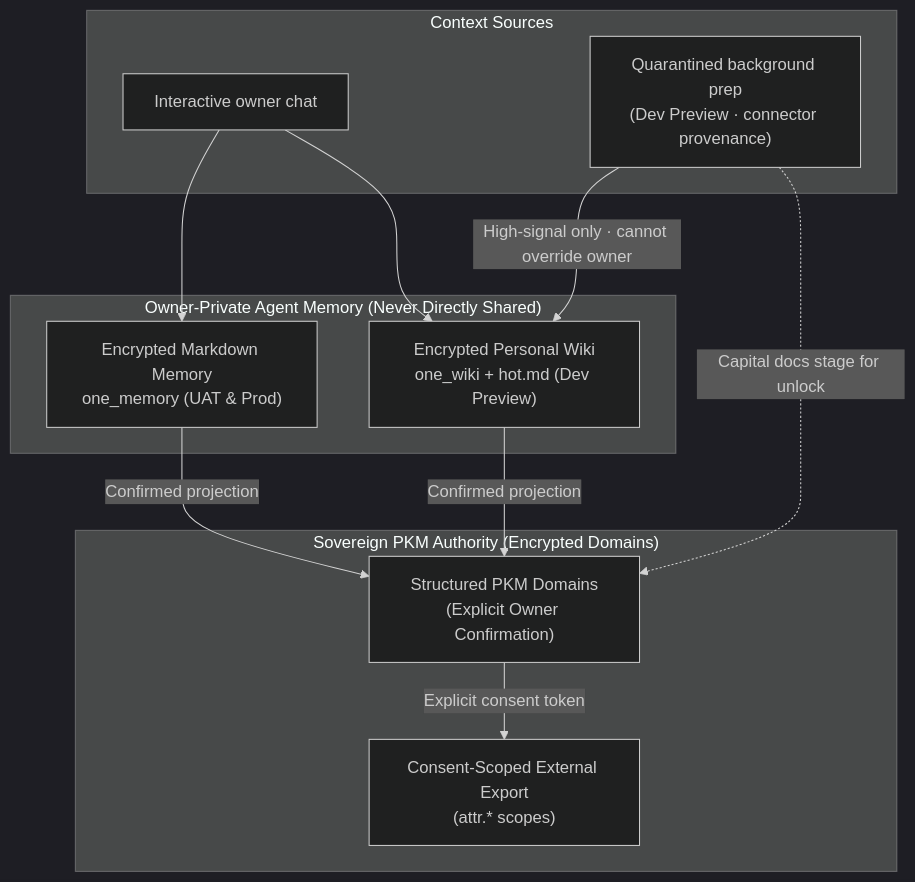
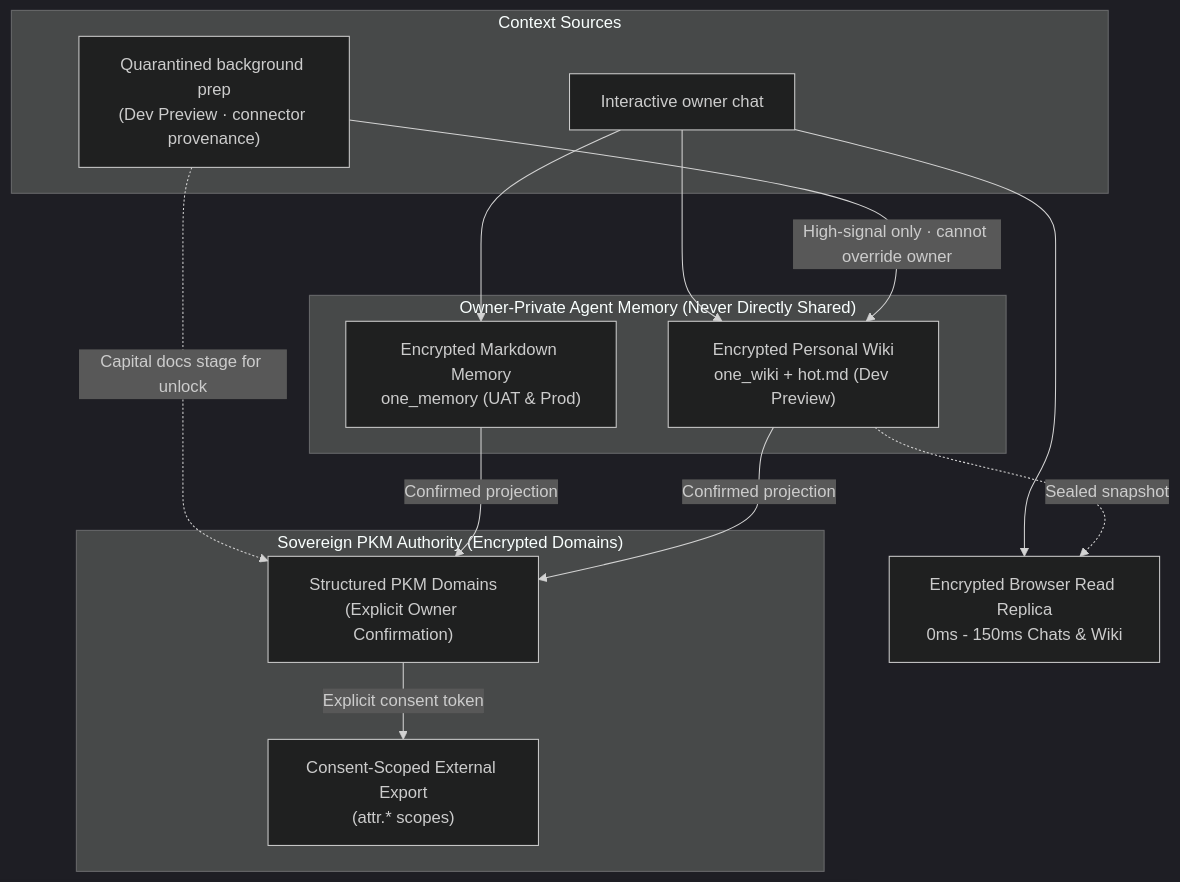
Before and after one commit to hushh-labs/hushh-research: the diagram in docs/architecture/modules/memory.md, drawn with Mermaid (dark theme). The commit also changed other lines of this file and 103 other files, not shown here.

````diff
--- a/docs/architecture/modules/memory.md
+++ b/docs/architecture/modules/memory.md
@@ -10,25 +10,29 @@
 ```mermaid
 flowchart TB
   subgraph Inputs["Context Sources"]
     chat["Interactive owner chat"]
     bg["Quarantined background prep<br/>(Dev Preview · connector provenance)"]
   end
 
   subgraph PrivateMemory["Owner-Private Agent Memory (Never Directly Shared)"]
     md["Encrypted Markdown Memory<br/>one_memory (UAT & Prod)"]
     wiki["Encrypted Personal Wiki<br/>one_wiki + hot.md (Dev Preview)"]
   end
 
   subgraph SovereignPKM["Sovereign PKM Authority (Encrypted Domains)"]
     pkm["Structured PKM Domains<br/>(Explicit Owner Confirmation)"]
     export["Consent-Scoped External Export<br/>(attr.* scopes)"]
   end
 
+  replica["Encrypted Browser Read Replica<br/>0ms - 150ms Chats & Wiki"]
+
   chat --> md
   chat --> wiki
+  chat --> replica
+  wiki -.->|Sealed snapshot| replica
   bg -->|High-signal only · cannot override owner| wiki
   bg -.->|Capital docs stage for unlock| pkm
   md -->|Confirmed projection| pkm
   wiki -->|Confirmed projection| pkm
   pkm -->|Explicit consent token| export
 ```
````
